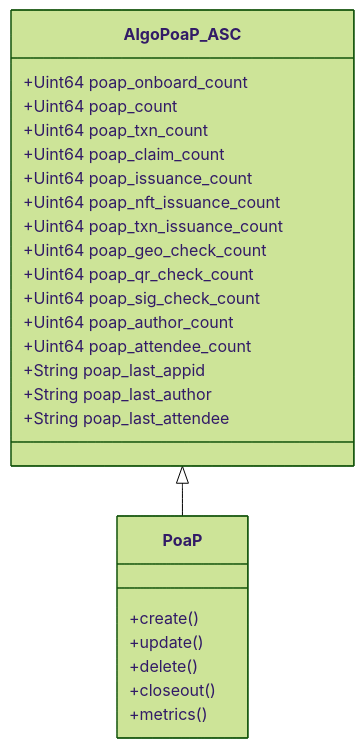
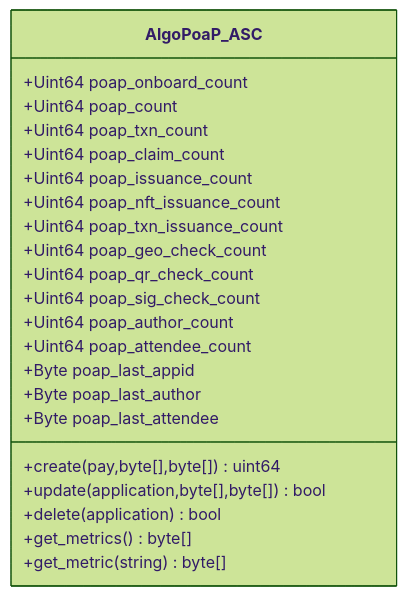
Before and after one commit to Sun-C0ffee/algopoap-smartcontracts: the fifth of 7 diagrams in README.md, drawn with Mermaid (forest theme). The commit also changed other lines of this file and 2 other files, not shown here.

Commit message:
Add ABI schemas

````diff
--- a/README.md
+++ b/README.md
@@ -114,30 +147,27 @@
 ```mermaid
   classDiagram
-    AlgoPoaP_ASC <|-- PoaP
+    class AlgoPoaP_ASC
     AlgoPoaP_ASC : +Uint64 poap_onboard_count
     AlgoPoaP_ASC : +Uint64 poap_count
     AlgoPoaP_ASC : +Uint64 poap_txn_count
     AlgoPoaP_ASC : +Uint64 poap_claim_count
     AlgoPoaP_ASC : +Uint64 poap_issuance_count
     AlgoPoaP_ASC : +Uint64 poap_nft_issuance_count
     AlgoPoaP_ASC : +Uint64 poap_txn_issuance_count
 
     AlgoPoaP_ASC : +Uint64 poap_geo_check_count
     AlgoPoaP_ASC : +Uint64 poap_qr_check_count
     AlgoPoaP_ASC : +Uint64 poap_sig_check_count
 
     AlgoPoaP_ASC : +Uint64 poap_author_count
     AlgoPoaP_ASC : +Uint64 poap_attendee_count
-    AlgoPoaP_ASC : +String poap_last_appid
-    AlgoPoaP_ASC : +String poap_last_author
-    AlgoPoaP_ASC : +String poap_last_attendee
-   
-    class PoaP {
-        +create()
-        +update()
-        +delete()
-        +closeout()
-        +metrics()
-    }
+    AlgoPoaP_ASC : +Byte poap_last_appid
+    AlgoPoaP_ASC : +Byte poap_last_author
+    AlgoPoaP_ASC : +Byte poap_last_attendee
+    AlgoPoaP_ASC : +create(pay,byte[],byte[])uint64
+    AlgoPoaP_ASC : +update(application,byte[],byte[])bool
+    AlgoPoaP_ASC : +delete(application)bool
+    AlgoPoaP_ASC : +get_metrics()byte[]
+    AlgoPoaP_ASC : +get_metric(string)byte[]
     
 ```
````
